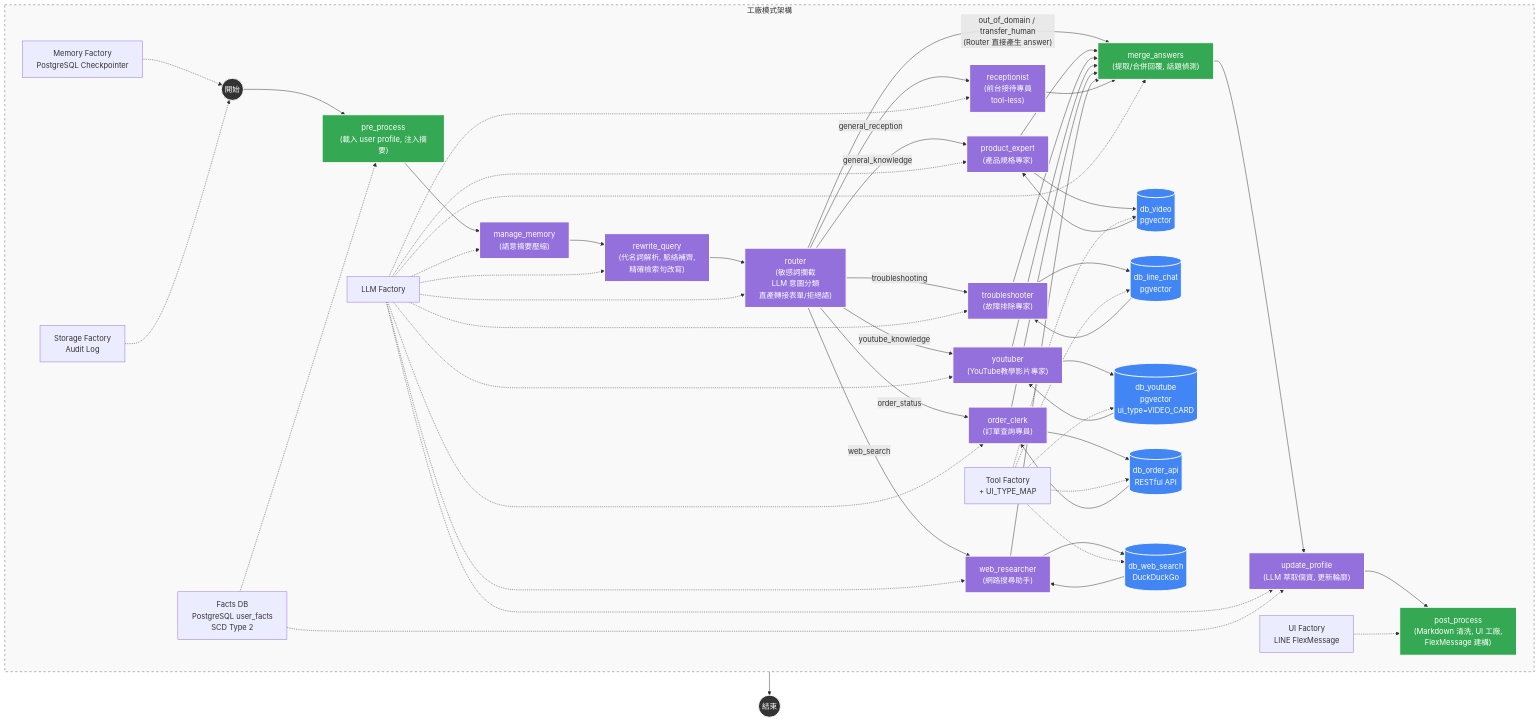
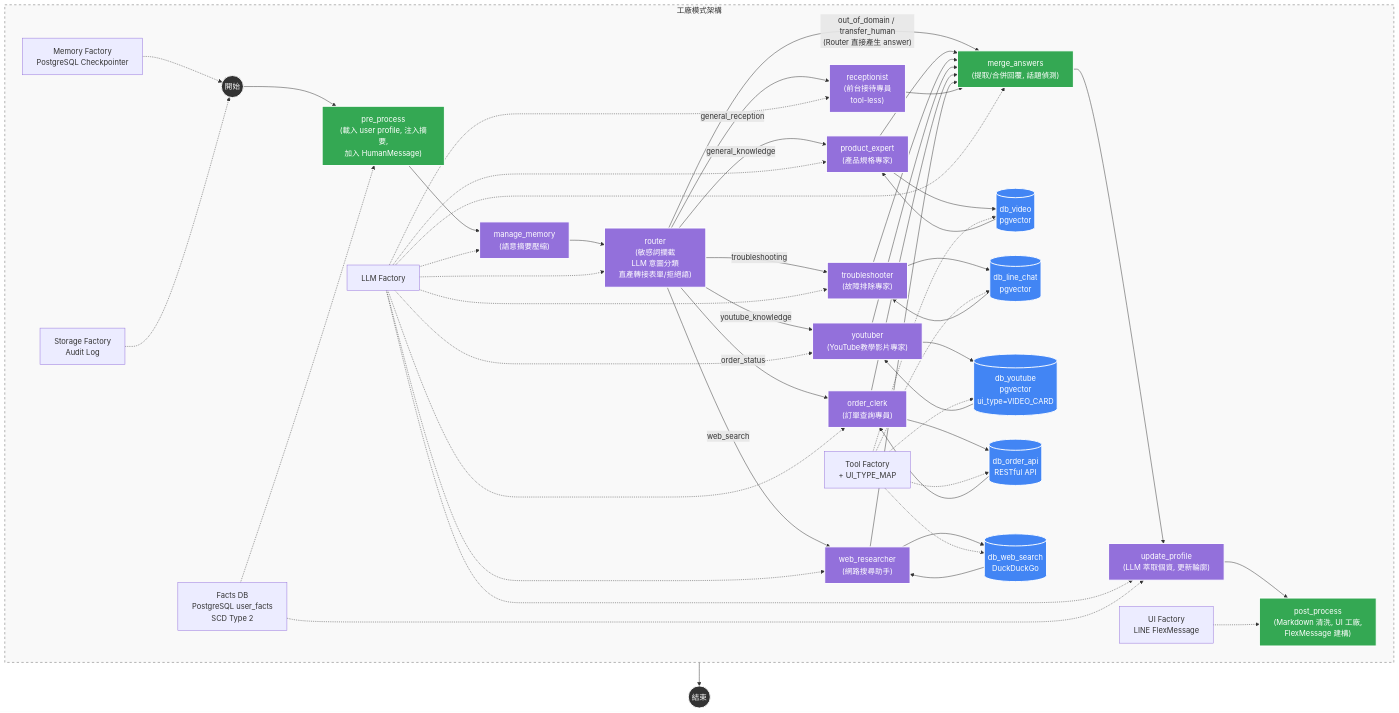
Before and after one commit to Imding1211/lock_AI_Agent: the first of 5 diagrams in docs/manuals/系統架構與流程圖.md, drawn with Mermaid. The commit also changed other lines of this file and 5 other files, not shown here.

First line of the commit message:
fix: 修復 pre_process 遺失 HumanMessage 導致 Gemini API "contents are required" 錯誤

````diff
--- a/docs/manuals/系統架構與流程圖.md
+++ b/docs/manuals/系統架構與流程圖.md
@@ -3,62 +3,61 @@
 ```mermaid
 graph TD
     %% 節點樣式定義
     classDef startEnd fill:#333,stroke:#fff,stroke-width:2px,color:#fff;
     classDef llmNode fill:#9370DB,stroke:#fff,stroke-width:2px,color:#fff;
     classDef decision fill:#ff9900,stroke:#333,stroke-width:2px;
     classDef dbNode fill:#4285f4,stroke:#fff,stroke-width:2px,color:#fff;
     classDef actionNode fill:#34a853,stroke:#fff,stroke-width:2px,color:#fff;
     classDef note fill:#f9f9f9,stroke:#666,stroke-dasharray: 5 5;
 
     %% 核心流程
-    START((開始)):::startEnd --> pre_process["pre_process<br/>(載入 user profile, 注入摘要)"]:::actionNode
+    START((開始)):::startEnd --> pre_process["pre_process<br/>(載入 user profile, 注入摘要,<br/>加入 HumanMessage)"]:::actionNode
     pre_process --> manage_memory["manage_memory<br/>(語意摘要壓縮)"]:::llmNode
-    manage_memory --> rewrite_query["rewrite_query<br/>(代名詞解析, 脈絡補齊,<br/>精確檢索句改寫)"]:::llmNode
-    rewrite_query --> router["router<br/>(敏感詞攔截<br/>LLM 意圖分類<br/>直產轉接表單/拒絕語)"]:::llmNode
+    manage_memory --> router["router<br/>(敏感詞攔截<br/>LLM 意圖分類<br/>直產轉接表單/拒絕語)"]:::llmNode
 
     %% 意圖分流（Send() fan-out，多意圖可平行派發）
     router -- "general_knowledge" --> PE["product_expert<br/>(產品規格專家)"]:::llmNode
     router -- "troubleshooting" --> TS["troubleshooter<br/>(故障排除專家)"]:::llmNode
     router -- "youtube_knowledge" --> YT["youtuber<br/>(YouTube教學影片專家)"]:::llmNode
     router -- "order_status" --> OC["order_clerk<br/>(訂單查詢專員)"]:::llmNode
     router -- "web_search" --> WR["web_researcher<br/>(網路搜尋助手)"]:::llmNode
     router -- "general_reception" --> RC["receptionist<br/>(前台接待專員<br/>tool-less)"]:::llmNode
     router -- "out_of_domain / transfer_human<br/>(Router 直接產生 answer)" --> merge_answers
 
     %% Agent 子圖（agent_llm ↔ tool_node 迴圈）
     PE --> PE_TOOL[("db_video<br/>pgvector")]:::dbNode
     TS --> TS_TOOL[("db_line_chat<br/>pgvector")]:::dbNode
     YT --> YT_TOOL[("db_youtube<br/>pgvector<br/>ui_type=VIDEO_CARD")]:::dbNode
     OC --> OC_TOOL[("db_order_api<br/>RESTful API")]:::dbNode
     WR --> WR_TOOL[("db_web_search<br/>DuckDuckGo")]:::dbNode
 
     PE_TOOL --> PE
     TS_TOOL --> TS
     YT_TOOL --> YT
     OC_TOOL --> OC
     WR_TOOL --> WR
 
     %% 匯流
     PE --> merge_answers["merge_answers<br/>(提取/合併回覆, 話題偵測)"]:::actionNode
     TS --> merge_answers
     YT --> merge_answers
     OC --> merge_answers
     WR --> merge_answers
     RC --> merge_answers
     merge_answers --> update_profile["update_profile<br/>(LLM 萃取個資, 更新輪廓)"]:::llmNode
     update_profile --> post_process["post_process<br/>(Markdown 清洗, UI 工廠,<br/>FlexMessage 建構)"]:::actionNode
     post_process --> END((結束)):::startEnd
 
     %% 底層支援
     subgraph Support_Layer [工廠模式架構]
         direction LR
-        f1[LLM Factory] -.-> manage_memory & rewrite_query & router & PE & TS & YT & OC & WR & RC & merge_answers & update_profile
+        f1[LLM Factory] -.-> manage_memory & router & PE & TS & YT & OC & WR & RC & merge_answers & update_profile
         f2[Memory Factory<br/>PostgreSQL Checkpointer] -.-> START
         f3[Tool Factory<br/>+ UI_TYPE_MAP] -.-> PE_TOOL & TS_TOOL & YT_TOOL & OC_TOOL & WR_TOOL
         f4[Storage Factory<br/>Audit Log] -.-> START
         f5[Facts DB<br/>PostgreSQL user_facts<br/>SCD Type 2] -.-> pre_process & update_profile
         f6[UI Factory<br/>LINE FlexMessage] -.-> post_process
     end
     class Support_Layer note
 
 ```
````
